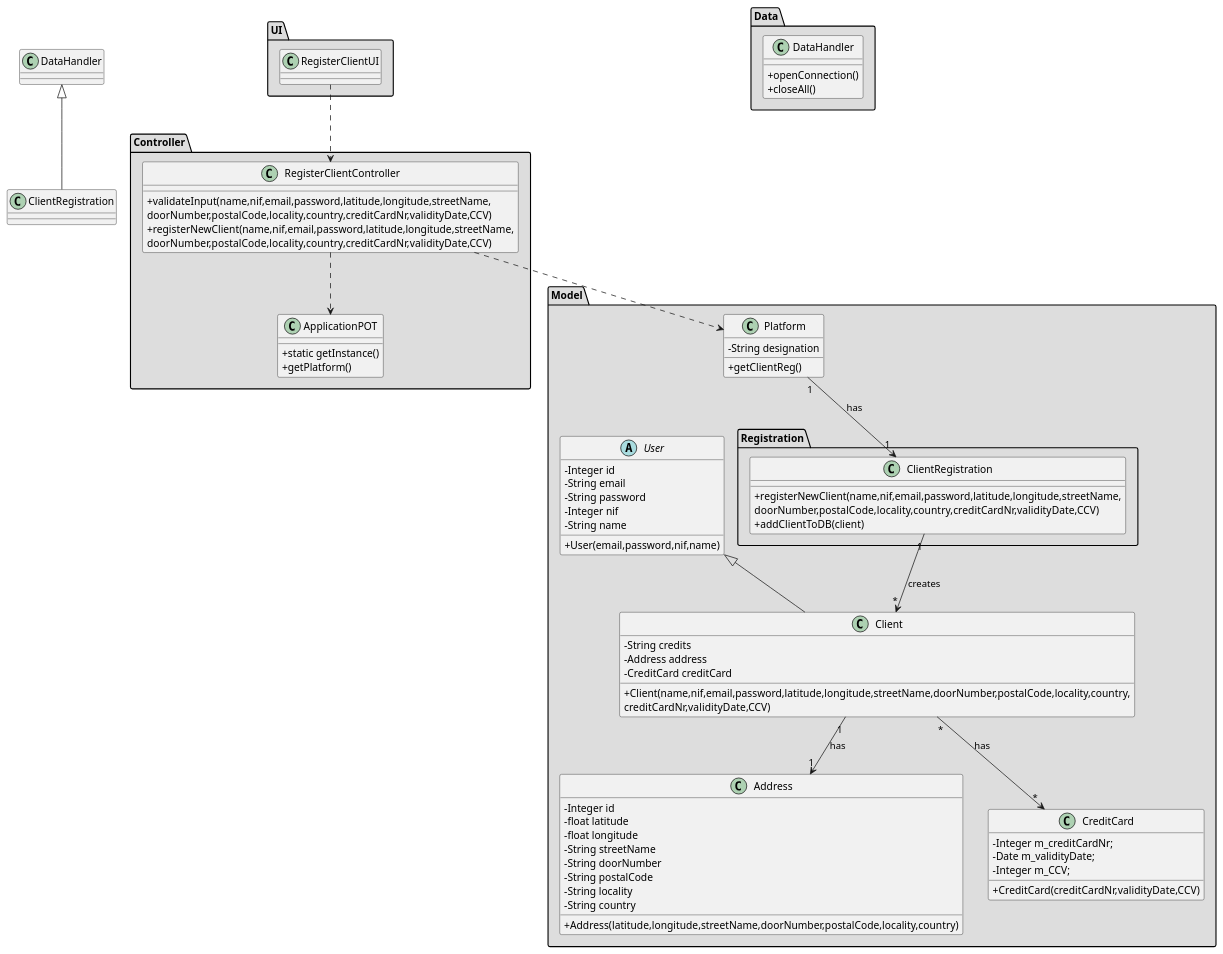
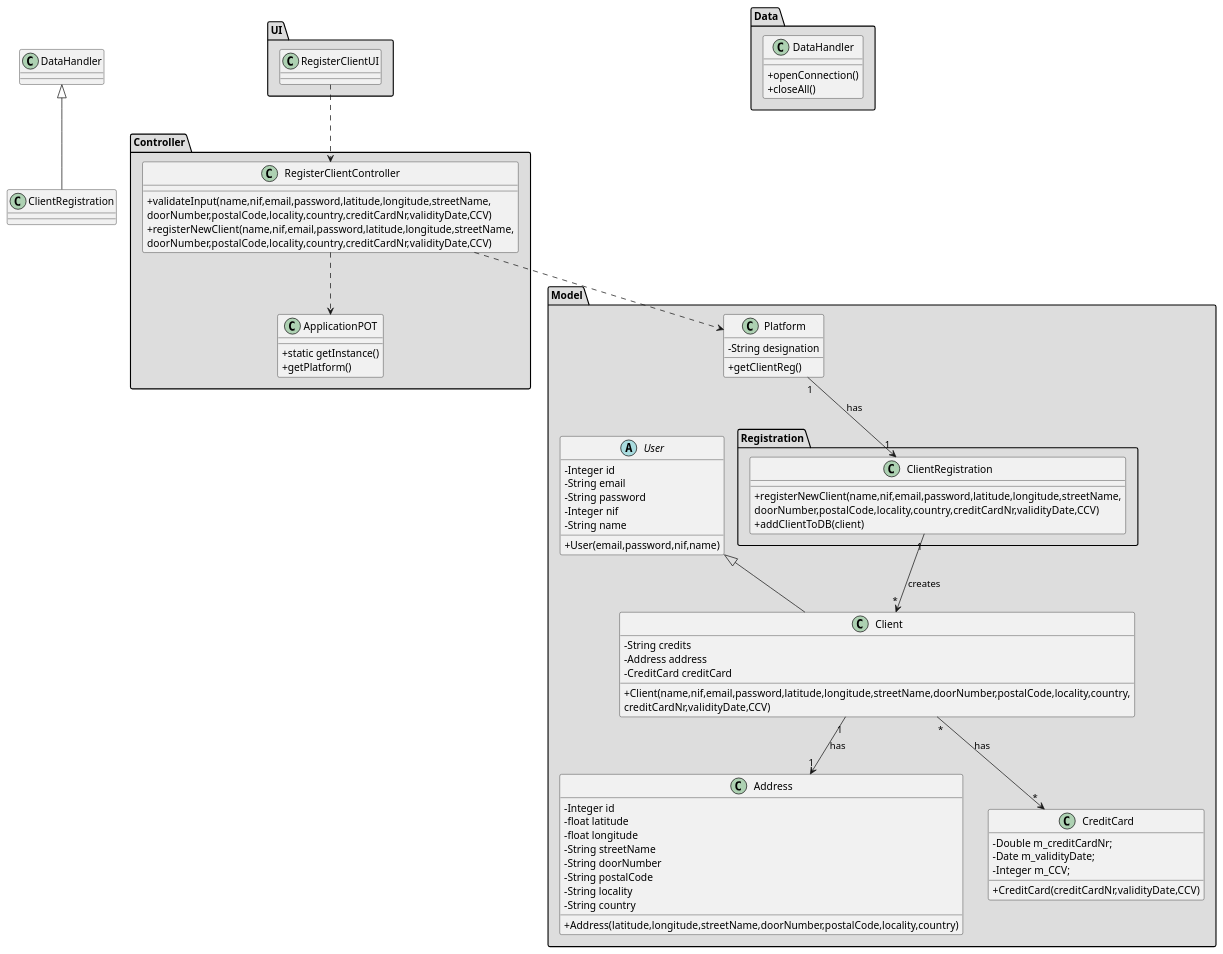
The diagram in docs/Iteration 1/User Management/US18_RegisterClient/US18_CD.puml (tiagoavcosta25/LAPR3), drawn with PlantUML before and after one commit. The commit also changed 6 other files, not shown here.

```diff
--- a/docs/Iteration 1/User Management/US18_RegisterClient/US18_CD.puml
+++ b/docs/Iteration 1/User Management/US18_RegisterClient/US18_CD.puml
@@ -1,105 +1,105 @@
 @startuml
 skinparam classAttributeIconSize 0
 
 
 package "Controller" #DDDDDD {
 class ApplicationPOT
 {
   +static getInstance()
   +getPlatform()
 }
 }
 
 
 package "UI" #DDDDDD {
 class RegisterClientUI{
 
 }
 }
 
 
 package "Controller" #DDDDDD {
 class RegisterClientController{
 +validateInput(name,nif,email,password,latitude,longitude,streetName,\ndoorNumber,postalCode,locality,country,creditCardNr,validityDate,CCV)
 +registerNewClient(name,nif,email,password,latitude,longitude,streetName,\ndoorNumber,postalCode,locality,country,creditCardNr,validityDate,CCV)
 }
 }
 
 
 package "Model" #DDDDDD {
 class Platform {
   -String designation
   +getClientReg()
 }
 package "Registration" #DDDDDD {
  class ClientRegistration{
  +registerNewClient(name,nif,email,password,latitude,longitude,streetName,\ndoorNumber,postalCode,locality,country,creditCardNr,validityDate,CCV)
  +addClientToDB(client)
  }
  }
 }
 
 
 
 
 package "Model" #DDDDDD {
 abstract class User{
 -Integer id
 -String email
 -String password
 -Integer nif
 -String name
 +User(email,password,nif,name)
 }
 
 class Client extends User
 
 class Client{
 -String credits
 -Address address
 -CreditCard creditCard
 +Client(name,nif,email,password,latitude,longitude,streetName,doorNumber,postalCode,locality,country,
                         creditCardNr,validityDate,CCV)
 }
 
 class Address{
 -Integer id
 -float latitude
 -float longitude
 -String streetName
 -String doorNumber
 -String postalCode
 -String locality
 -String country
 +Address(latitude,longitude,streetName,doorNumber,postalCode,locality,country)
 }
 
 class CreditCard{
--Integer m_creditCardNr;
+-Double m_creditCardNr;
 -Date m_validityDate;
 -Integer m_CCV;
 +CreditCard(creditCardNr,validityDate,CCV)
 }
 
 }
 
 
 package "Data" #DDDDDD {
 class DataHandler{
 +openConnection()
 +closeAll()
 }
 
 }
 
 
 RegisterClientUI ..> RegisterClientController
 RegisterClientController ..> Platform
 RegisterClientController ..> ApplicationPOT
 Platform "1" --> "1" ClientRegistration : has
 ClientRegistration "1" --> "*" Client : creates
 class ClientRegistration extends DataHandler
 Client "1" --> "1" Address : has
 Client "*" --> "*" CreditCard : has
 
 @enduml
```
